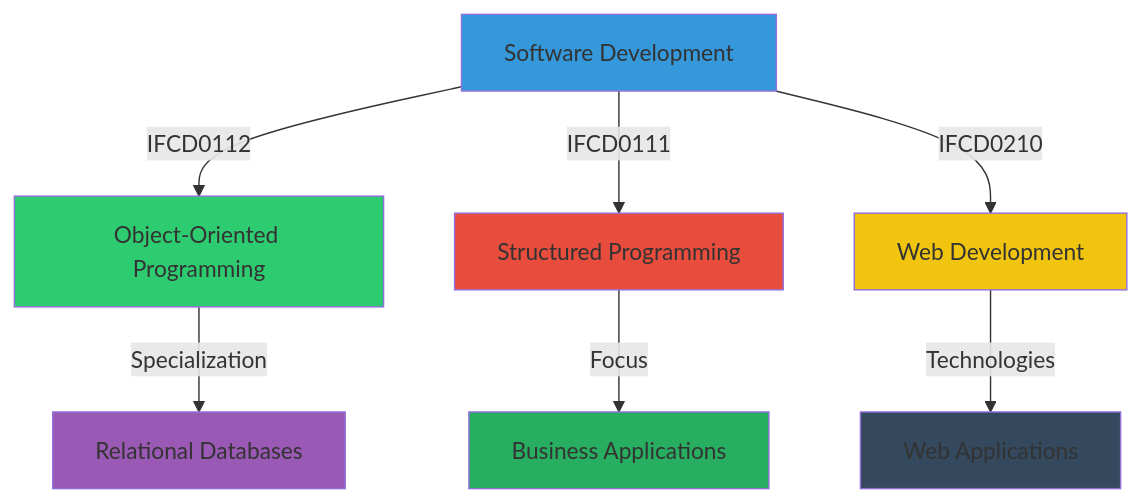
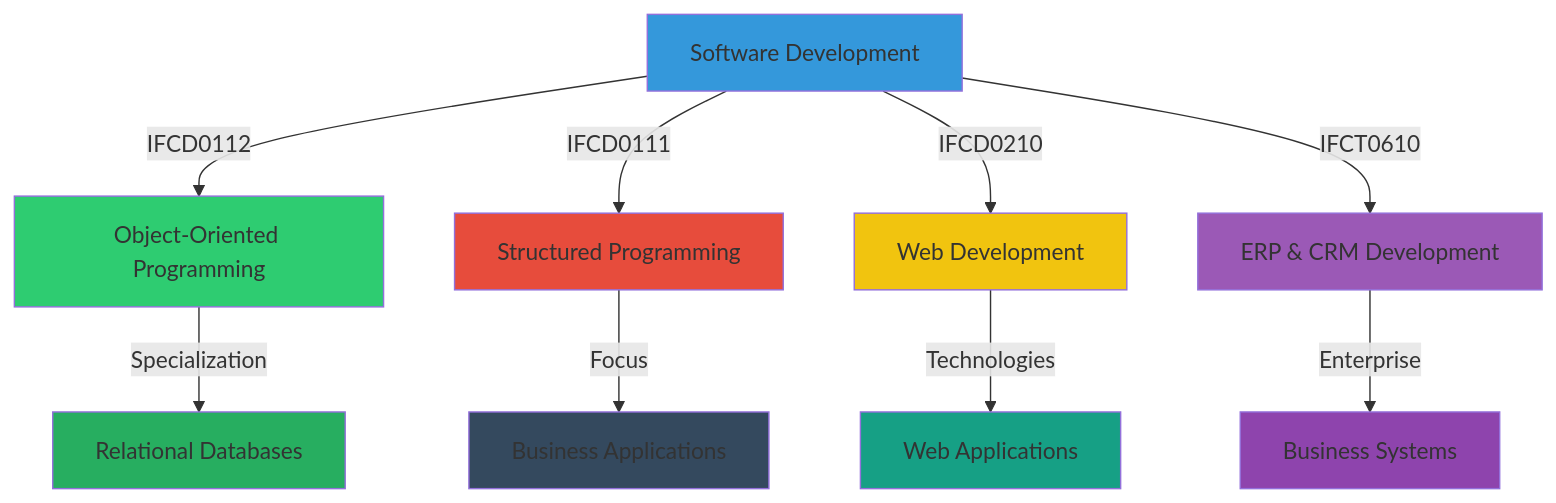
Before and after one commit to cescanue/cescanue: the fifth of 13 diagrams in README.md, drawn with Mermaid. The commit also changed other lines of this file, not shown here.

````diff
--- a/README.md
+++ b/README.md
@@ -202,16 +202,20 @@
 ```mermaid
 graph TB
     A[Software Development] -->|IFCD0112| B[Object-Oriented Programming]
     A -->|IFCD0111| C[Structured Programming]
     A -->|IFCD0210| D[Web Development]
-    B -->|Specialization| E[Relational Databases]
-    C -->|Focus| F[Business Applications]
-    D -->|Technologies| G[Web Applications]
+    A -->|IFCT0610| E[ERP & CRM Development]
+    B -->|Specialization| F[Relational Databases]
+    C -->|Focus| G[Business Applications]
+    D -->|Technologies| H[Web Applications]
+    E -->|Enterprise| I[Business Systems]
     style A fill:#3498db
     style B fill:#2ecc71
     style C fill:#e74c3c
     style D fill:#f1c40f
     style E fill:#9b59b6
     style F fill:#27ae60
     style G fill:#34495e
+    style H fill:#16a085
+    style I fill:#8e44ad
 ```
````
